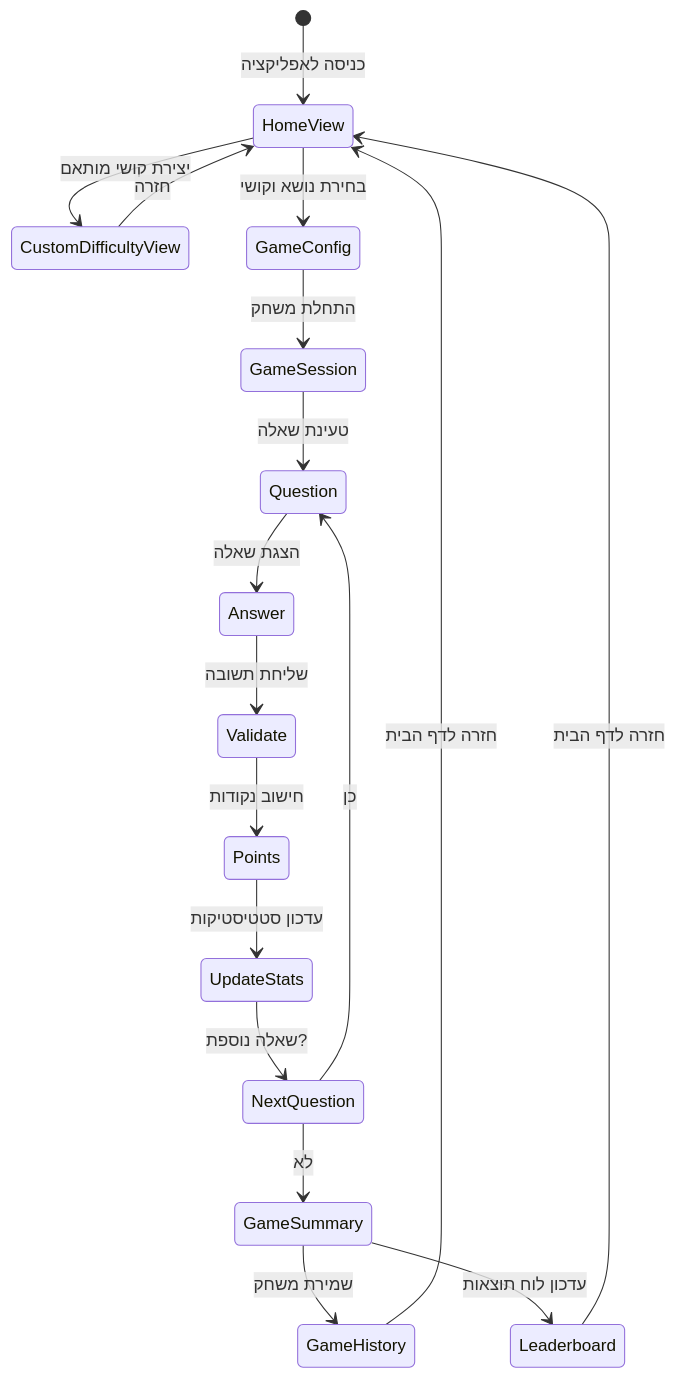
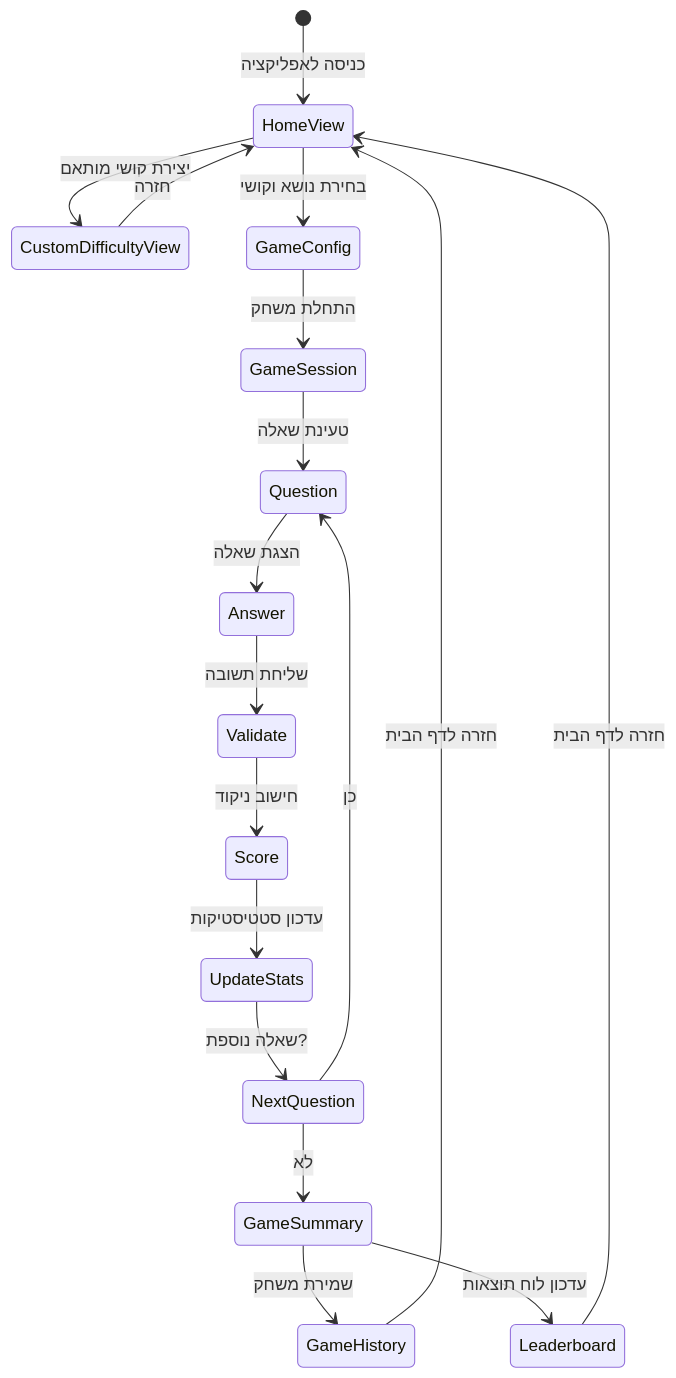
One commit to IsraelRub/EveryTriv changed the tenth of 28 diagrams in docs/DIAGRAMS.md. Above: the diagram before and after it, drawn with Mermaid. The commit also changed other lines of this file and 600 other files, not shown here.

````diff
--- a/docs/DIAGRAMS.md
+++ b/docs/DIAGRAMS.md
@@ -748,20 +782,20 @@
 ```mermaid
 stateDiagram-v2
     [*] --> HomeView: כניסה לאפליקציה
     HomeView --> CustomDifficultyView: יצירת קושי מותאם
     CustomDifficultyView --> HomeView: חזרה
     HomeView --> GameConfig: בחירת נושא וקושי
     GameConfig --> GameSession: התחלת משחק
     GameSession --> Question: טעינת שאלה
     Question --> Answer: הצגת שאלה
     Answer --> Validate: שליחת תשובה
-    Validate --> Points: חישוב נקודות
-    Points --> UpdateStats: עדכון סטטיסטיקות
+    Validate --> Score: חישוב ניקוד
+    Score --> UpdateStats: עדכון סטטיסטיקות
     UpdateStats --> NextQuestion: שאלה נוספת?
     NextQuestion --> Question: כן
     NextQuestion --> GameSummary: לא
     GameSummary --> GameHistory: שמירת משחק
     GameSummary --> Leaderboard: עדכון לוח תוצאות
     Leaderboard --> HomeView: חזרה לדף הבית
     GameHistory --> HomeView: חזרה לדף הבית
 ```
````
